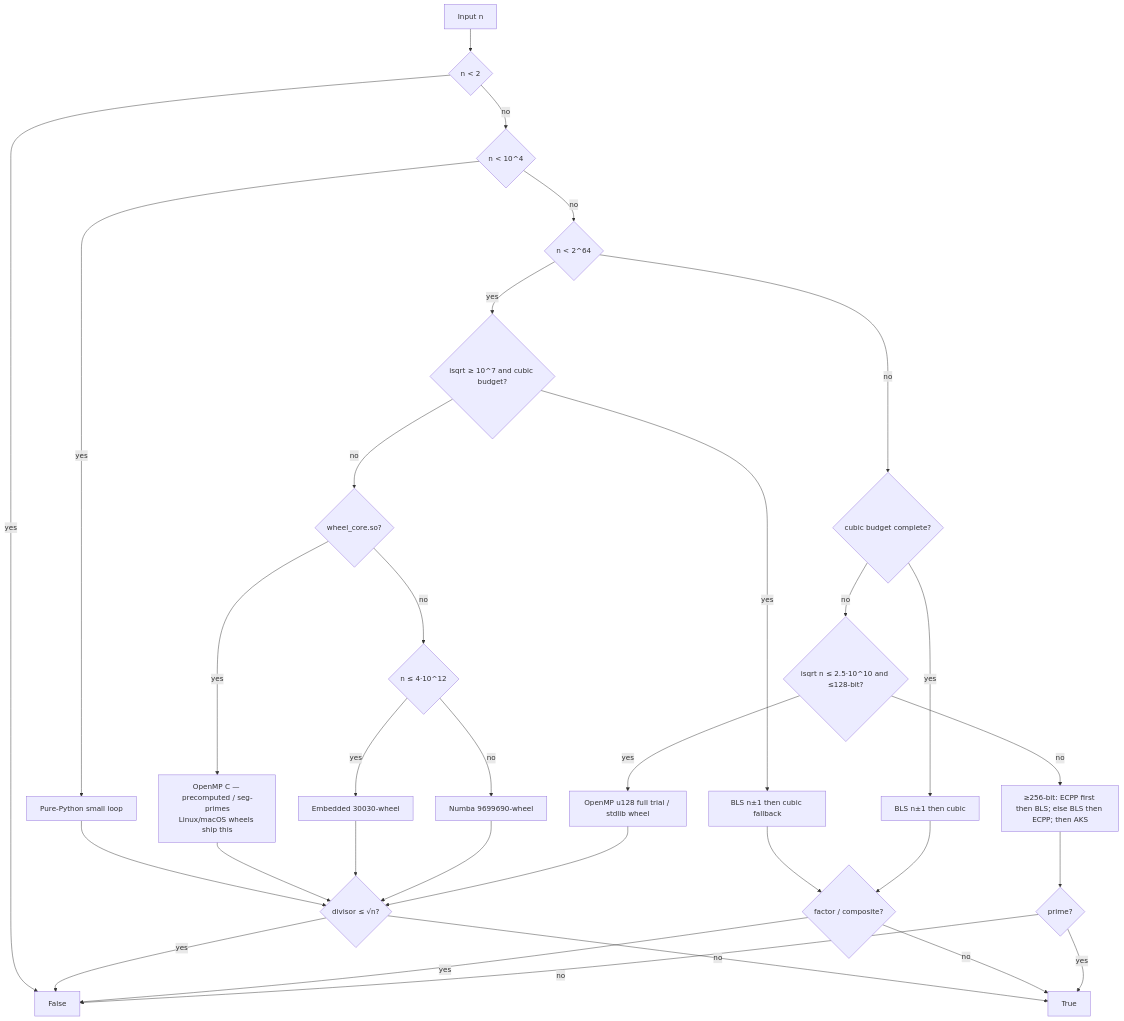
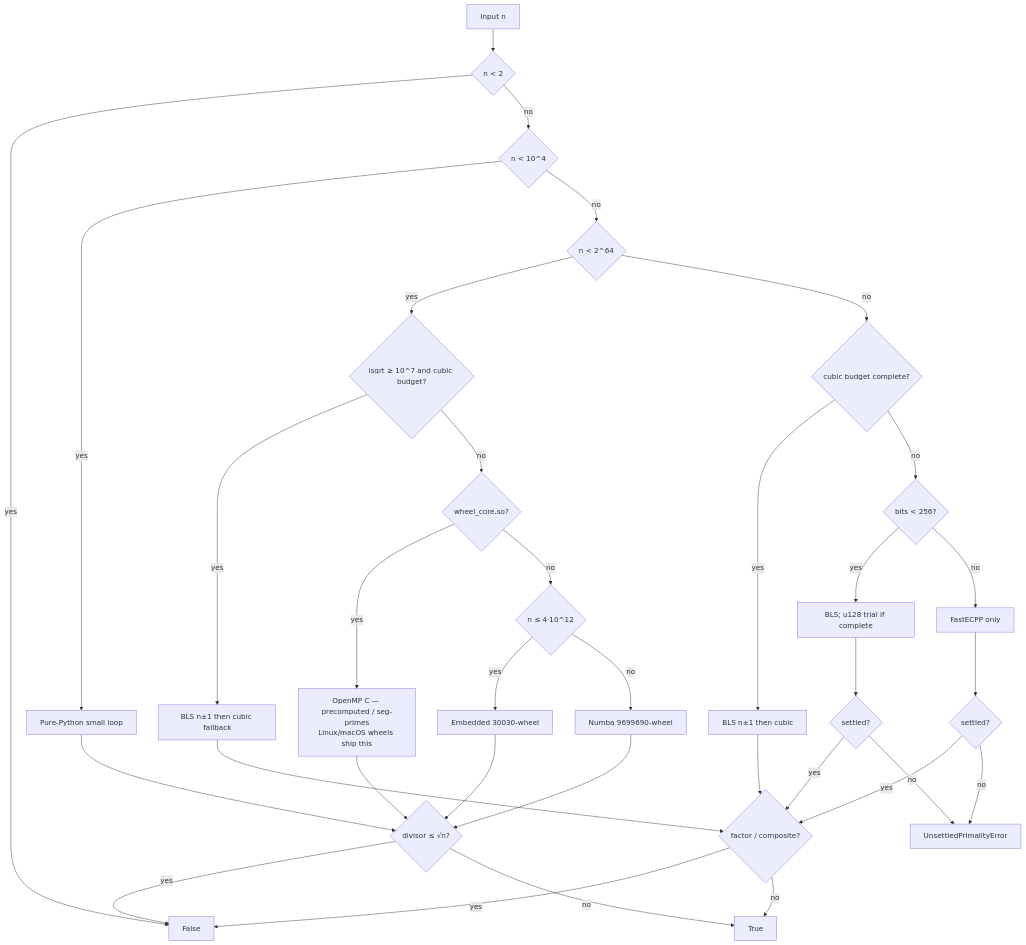
Before and after one commit to BurakAhmet/Best-Prime-Number-Function: the diagram in docs/guide/engines.md, drawn with Mermaid. The commit also changed other lines of this file and 40 other files, not shown here.

First line of the commit message:
feat: FastECPP, 33k-bit arith, and one engine per bit band

````diff
--- a/docs/guide/engines.md
+++ b/docs/guide/engines.md
@@ -25,34 +25,36 @@
 ```mermaid
 flowchart TD
   A[Input n] --> B{n < 2}
   B -->|yes| Z1[False]
   B -->|no| C{n < 10^4}
   C -->|yes| P1[Pure-Python small loop]
   C -->|no| D{n < 2^64}
   D -->|yes| E0{isqrt ≥ 10^7 and cubic budget?}
   E0 -->|yes| P7[BLS n±1 then cubic fallback]
   P7 --> Z3
   E0 -->|no| E{wheel_core.so?}
   E -->|yes| P2[OpenMP C — precomputed / seg-primes<br/>Linux/macOS wheels ship this]
   E -->|no| F{n ≤ 4·10^12}
   F -->|yes| P3[Embedded 30030-wheel]
   F -->|no| P4[Numba 9699690-wheel]
   P1 --> G{divisor ≤ √n?}
   P2 --> G
   P3 --> G
   P4 --> G
   G -->|yes| Z1
   G -->|no| Z2[True]
   D -->|no| H0{cubic budget complete?}
   H0 -->|yes| P6[BLS n±1 then cubic]
   P6 --> Z3{factor / composite?}
   Z3 -->|yes| Z1
   Z3 -->|no| Z2
-  H0 -->|no| H{isqrt n ≤ 2.5·10^10 and ≤128-bit?}
-  H -->|yes| P5[OpenMP u128 full trial / stdlib wheel]
-  P5 --> G
-  H -->|no| I[≥256-bit: ECPP first then BLS; else BLS then ECPP; then AKS]
-  I --> L{prime?}
-  L -->|yes| Z2
-  L -->|no| Z1
+  H0 -->|no| H{bits < 256?}
+  H -->|yes| P5[BLS; u128 trial if complete]
+  P5 --> L{settled?}
+  L -->|yes| Z3
+  L -->|no| U[UnsettledPrimalityError]
+  H -->|no| I[FastECPP only]
+  I --> L2{settled?}
+  L2 -->|yes| Z3
+  L2 -->|no| U
 ```
````
